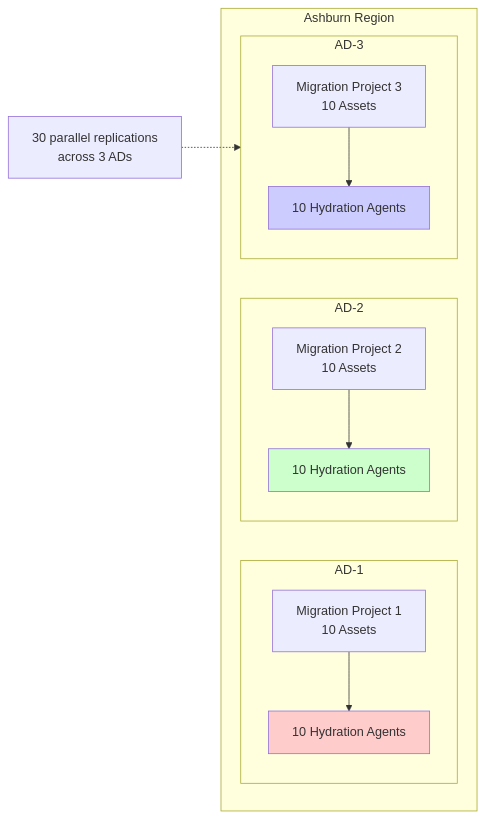
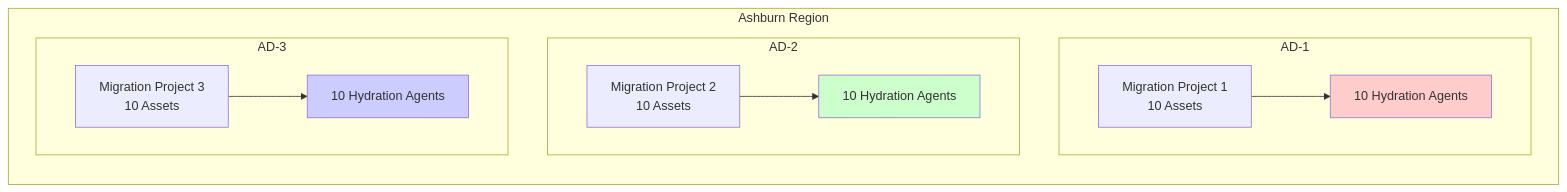
The third of 4 diagrams in _posts/2025-10-13-oci-migrations-deep-dive.md (nyiell/tech-blog), drawn with Mermaid before and after one commit. The commit also changed other lines of this file and 1 other file, not shown here.

Commit message:
Fix mermaid diagram syntax for proper rendering - Removed <br/> tags from sequence diagram participants (not supported) - Added quotes around node text containing special characters - Cleaned up line breaks in labels (replaced with spaces or dashes) - All diagrams should now render properly as interactive SVGs

````diff
--- a/_posts/2025-10-13-oci-migrations-deep-dive.md
+++ b/_posts/2025-10-13-oci-migrations-deep-dive.md
@@ -126,22 +126,20 @@
 ```mermaid
 graph LR
     subgraph "Ashburn Region"
         subgraph "AD-1"
-            MP1[Migration Project 1<br/>10 Assets] --> HA1[10 Hydration Agents]
+            MP1["Migration Project 1<br/>10 Assets"] --> HA1["10 Hydration Agents"]
         end
 
         subgraph "AD-2"
-            MP2[Migration Project 2<br/>10 Assets] --> HA2[10 Hydration Agents]
+            MP2["Migration Project 2<br/>10 Assets"] --> HA2["10 Hydration Agents"]
         end
 
         subgraph "AD-3"
-            MP3[Migration Project 3<br/>10 Assets] --> HA3[10 Hydration Agents]
+            MP3["Migration Project 3<br/>10 Assets"] --> HA3["10 Hydration Agents"]
         end
     end
 
     style HA1 fill:#ffcccc
     style HA2 fill:#ccffcc
     style HA3 fill:#ccccff
-
-    note1[30 parallel replications<br/>across 3 ADs] -.-> AD-3
 ```
````
